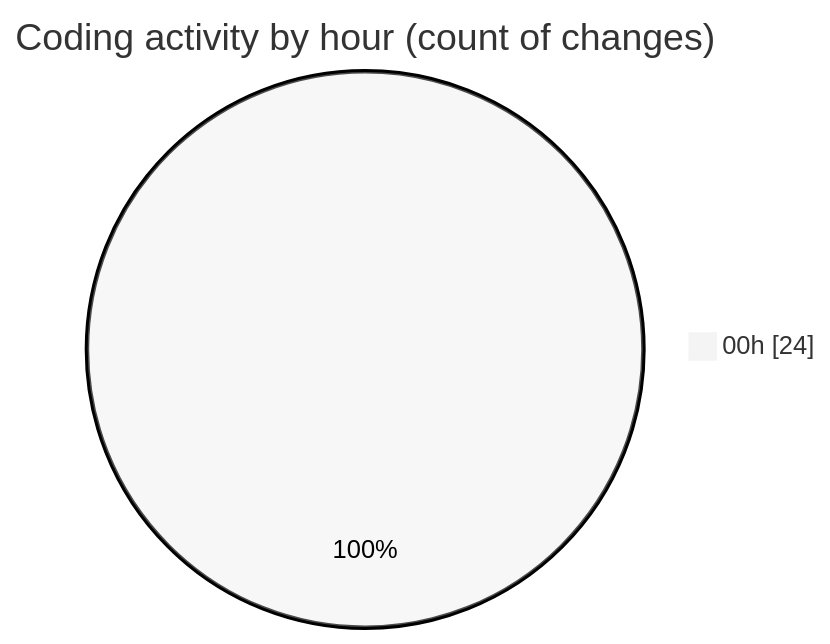
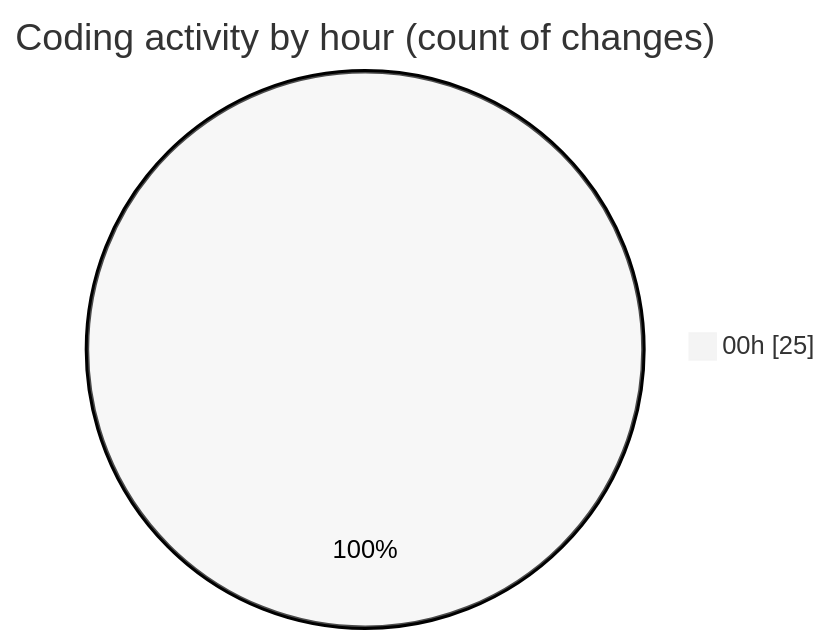
Before and after one commit to EIIisD/code-tracking: the second of 2 diagrams in 2025-07-18/ribbon/README.md, drawn with Mermaid (neutral theme). The commit also changed other lines of this file and 1 other file, not shown here.

````diff
--- a/2025-07-18/ribbon/README.md
+++ b/2025-07-18/ribbon/README.md
@@ -32,5 +32,5 @@
 ```mermaid
 pie showData
 title Coding activity by hour (count of changes)
-"00h" : 24
+"00h" : 25
 ```
````
